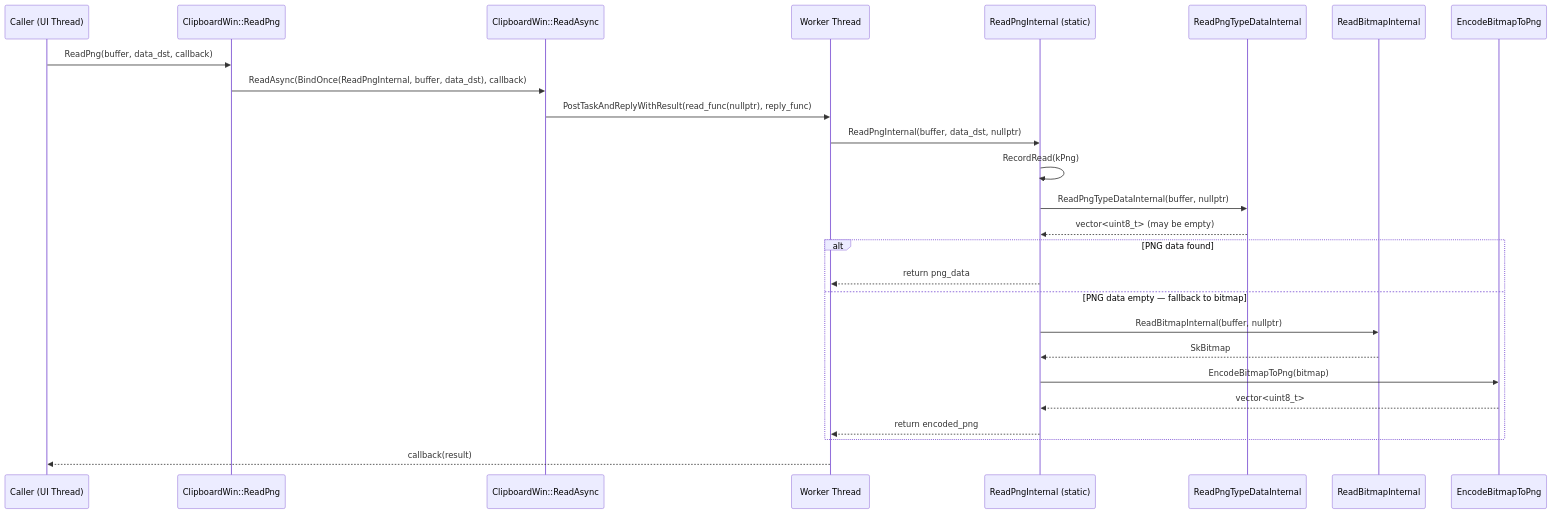
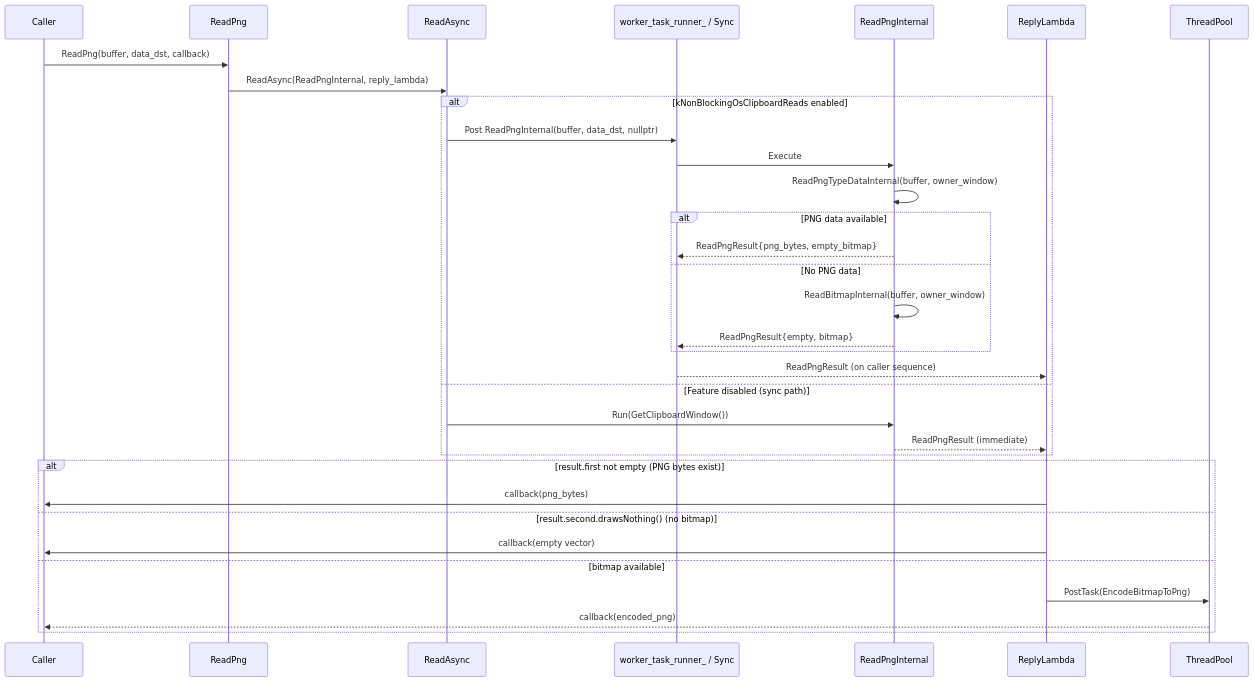
The first of 10 diagrams in fixes/cl-7578053-20260220/lld.md (roraja/cr-llm-docs), drawn with Mermaid before and after one commit. The commit also changed other lines of this file, not shown here.

````diff
--- a/fixes/cl-7578053-20260220/lld.md
+++ b/fixes/cl-7578053-20260220/lld.md
@@ -49,29 +70,38 @@
 ```mermaid
 sequenceDiagram
-    participant Caller as Caller (UI Thread)
-    participant ReadPng as ClipboardWin::ReadPng
-    participant ReadAsync as ClipboardWin::ReadAsync
-    participant Worker as Worker Thread
-    participant ReadPngInt as ReadPngInternal (static)
-    participant ReadPngData as ReadPngTypeDataInternal
-    participant ReadBitmap as ReadBitmapInternal
-    participant Encode as EncodeBitmapToPng
+    participant Caller
+    participant ReadPng
+    participant ReadAsync
+    participant WorkerThread as worker_task_runner_ / Sync
+    participant ReadPngInternal
+    participant ReplyLambda
+    participant ThreadPool
 
     Caller->>ReadPng: ReadPng(buffer, data_dst, callback)
-    ReadPng->>ReadAsync: ReadAsync(BindOnce(ReadPngInternal, buffer, data_dst), callback)
-    ReadAsync->>Worker: PostTaskAndReplyWithResult(read_func(nullptr), reply_func)
-    Worker->>ReadPngInt: ReadPngInternal(buffer, data_dst, nullptr)
-    ReadPngInt->>ReadPngInt: RecordRead(kPng)
-    ReadPngInt->>ReadPngData: ReadPngTypeDataInternal(buffer, nullptr)
-    ReadPngData-->>ReadPngInt: vector<uint8_t> (may be empty)
-    alt PNG data found
-        ReadPngInt-->>Worker: return png_data
-    else PNG data empty — fallback to bitmap
-        ReadPngInt->>ReadBitmap: ReadBitmapInternal(buffer, nullptr)
-        ReadBitmap-->>ReadPngInt: SkBitmap
-        ReadPngInt->>Encode: EncodeBitmapToPng(bitmap)
-        Encode-->>ReadPngInt: vector<uint8_t>
-        ReadPngInt-->>Worker: return encoded_png
+    ReadPng->>ReadAsync: ReadAsync(ReadPngInternal, reply_lambda)
+
+    alt kNonBlockingOsClipboardReads enabled
+        ReadAsync->>WorkerThread: Post ReadPngInternal(buffer, data_dst, nullptr)
+        WorkerThread->>ReadPngInternal: Execute
+        ReadPngInternal->>ReadPngInternal: ReadPngTypeDataInternal(buffer, owner_window)
+        alt PNG data available
+            ReadPngInternal-->>WorkerThread: ReadPngResult{png_bytes, empty_bitmap}
+        else No PNG data
+            ReadPngInternal->>ReadPngInternal: ReadBitmapInternal(buffer, owner_window)
+            ReadPngInternal-->>WorkerThread: ReadPngResult{empty, bitmap}
+        end
+        WorkerThread-->>ReplyLambda: ReadPngResult (on caller sequence)
+    else Feature disabled (sync path)
+        ReadAsync->>ReadPngInternal: Run(GetClipboardWindow())
+        ReadPngInternal-->>ReplyLambda: ReadPngResult (immediate)
     end
-    Worker-->>Caller: callback(result)
+
+    alt result.first not empty (PNG bytes exist)
+        ReplyLambda->>Caller: callback(png_bytes)
+    else result.second.drawsNothing() (no bitmap)
+        ReplyLambda->>Caller: callback(empty vector)
+    else bitmap available
+        ReplyLambda->>ThreadPool: PostTask(EncodeBitmapToPng)
+        ThreadPool-->>Caller: callback(encoded_png)
+    end
 ```
````
